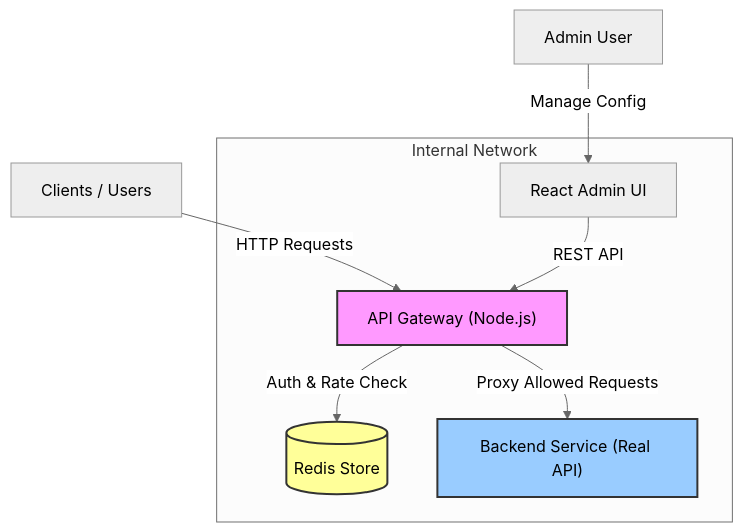
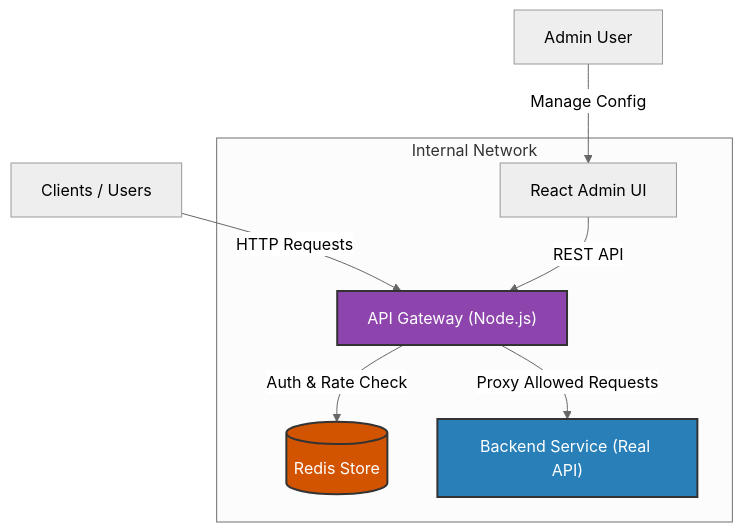
The first of 3 diagrams in README.md (Tuhin810/api-rate-limiting-gateway), drawn with Mermaid (neutral theme) before and after one commit.

Commit message:
Switch to dark diagram colors for better contrast

````diff
--- a/README.md
+++ b/README.md
@@ -12,15 +12,15 @@
 ```mermaid
 graph TD
     User["Clients / Users"] -->|HTTP Requests| Gateway["API Gateway (Node.js)"]
     Admin["Admin User"] -->|Manage Config| AdminUI["React Admin UI"]
     
     subgraph "Internal Network"
     Gateway -->|Auth & Rate Check| Redis[("Redis Store")]
     Gateway -->|Proxy Allowed Requests| Backend["Backend Service (Real API)"]
     AdminUI -->|REST API| Gateway
     end
     
-    style Gateway fill:#f9f,stroke:#333,stroke-width:2px,color:#000
-    style Redis fill:#ff9,stroke:#333,stroke-width:2px,color:#000
-    style Backend fill:#9cf,stroke:#333,stroke-width:2px,color:#000
+    style Gateway fill:#8E44AD,stroke:#333,stroke-width:2px,color:#fff
+    style Redis fill:#D35400,stroke:#333,stroke-width:2px,color:#fff
+    style Backend fill:#2980B9,stroke:#333,stroke-width:2px,color:#fff
 ```
````
